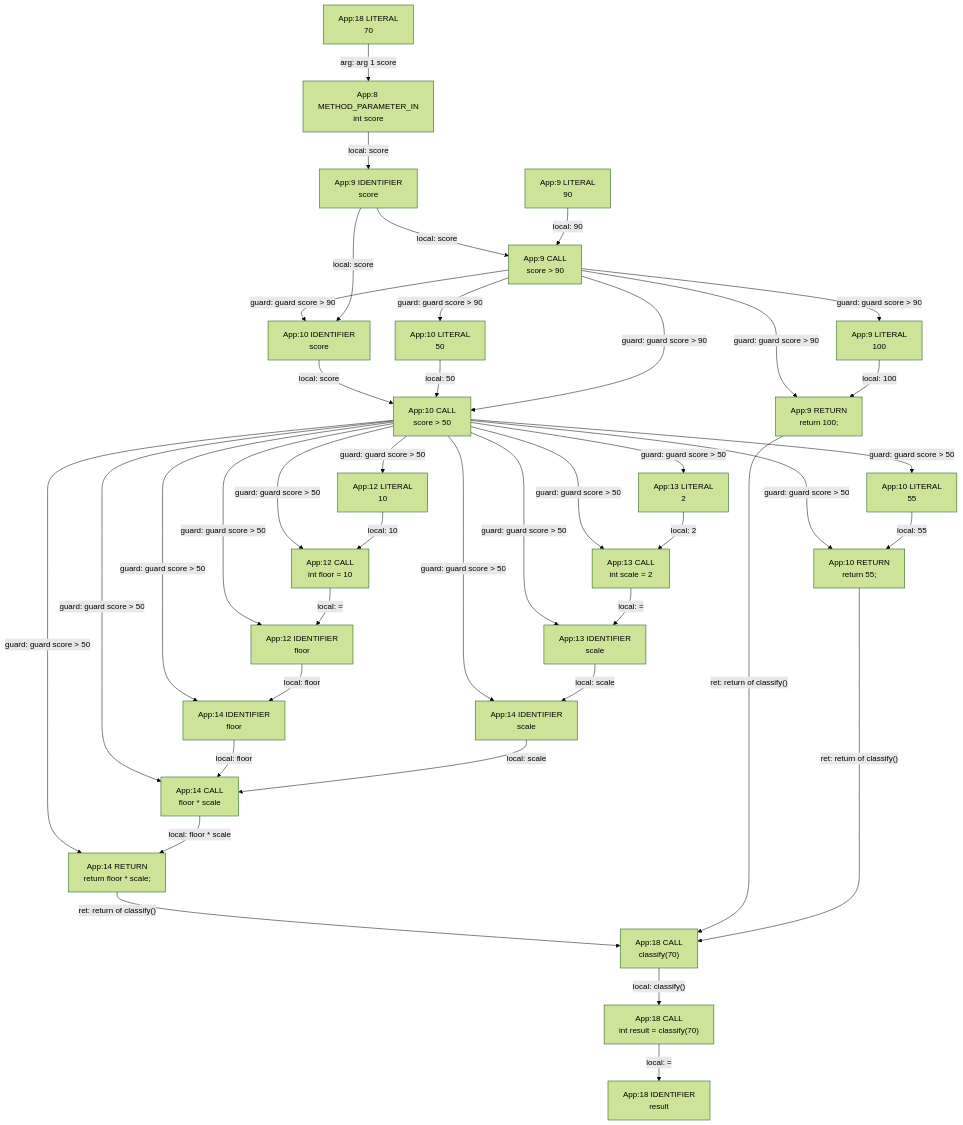
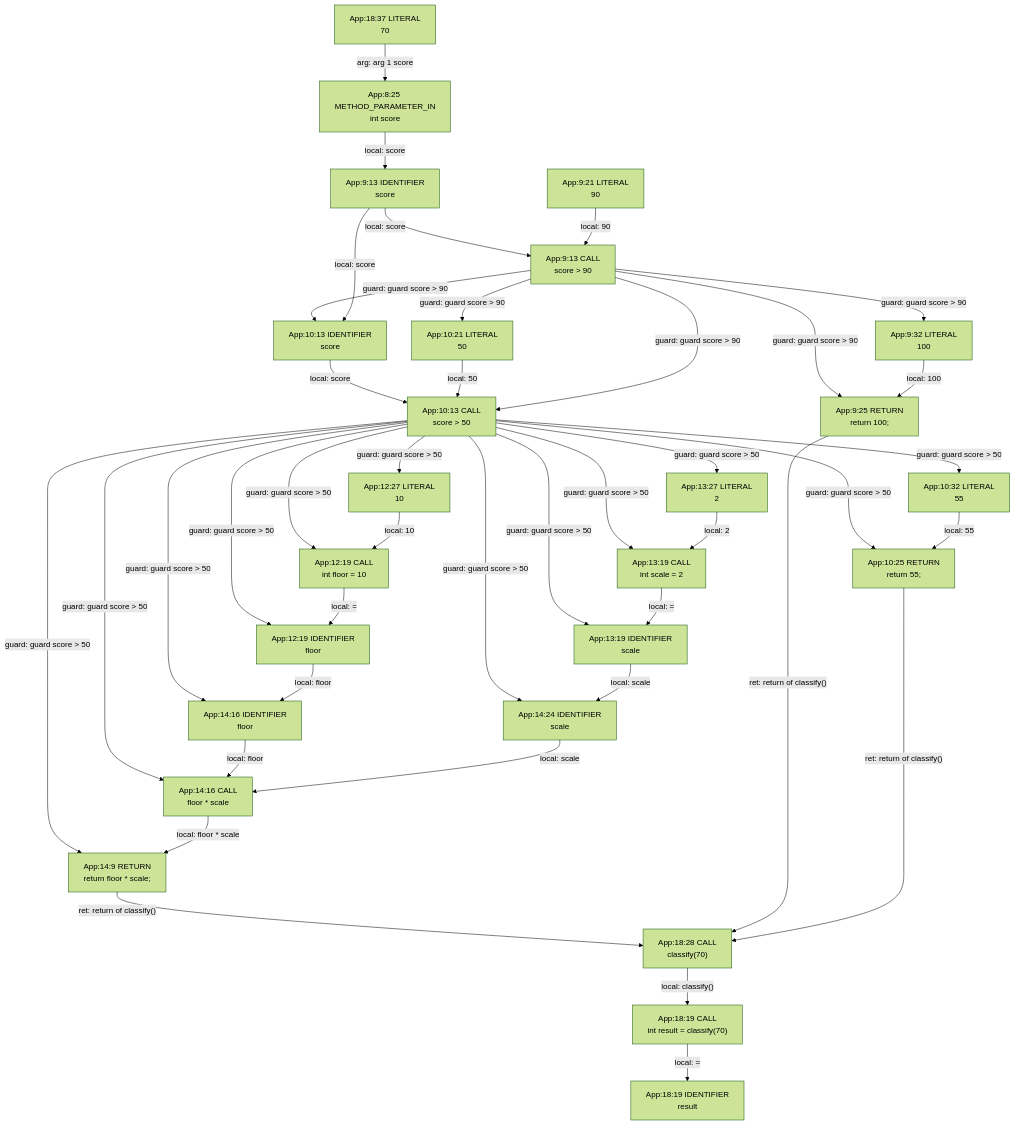
The diagram in app/src/test/resources/earlyReturn/spike-truth.md (gstiebler/codeflow), drawn with Mermaid (forest theme) before and after one commit. The commit also changed 154 other files, not shown here.

````diff
--- a/app/src/test/resources/earlyReturn/spike-truth.md
+++ b/app/src/test/resources/earlyReturn/spike-truth.md
@@ -3,68 +3,68 @@
 ```mermaid
 flowchart TD
-  n0["App:10 CALL<br/>score #gt; 50"]
-  n1["App:10 IDENTIFIER<br/>score"]
-  n2["App:10 LITERAL<br/>50"]
-  n3["App:10 LITERAL<br/>55"]
-  n4["App:10 RETURN<br/>return 55;"]
-  n5["App:12 CALL<br/>int floor = 10"]
-  n6["App:12 IDENTIFIER<br/>floor"]
-  n7["App:12 LITERAL<br/>10"]
-  n8["App:13 CALL<br/>int scale = 2"]
-  n9["App:13 IDENTIFIER<br/>scale"]
-  n10["App:13 LITERAL<br/>2"]
-  n11["App:14 CALL<br/>floor * scale"]
-  n12["App:14 IDENTIFIER<br/>floor"]
-  n13["App:14 IDENTIFIER<br/>scale"]
-  n14["App:14 RETURN<br/>return floor * scale;"]
-  n15["App:18 CALL<br/>classify(70)"]
-  n16["App:18 CALL<br/>int result = classify(70)"]
-  n17["App:18 IDENTIFIER<br/>result"]
-  n18["App:18 LITERAL<br/>70"]
-  n19["App:8 METHOD_PARAMETER_IN<br/>int score"]
-  n20["App:9 CALL<br/>score #gt; 90"]
-  n21["App:9 IDENTIFIER<br/>score"]
-  n22["App:9 LITERAL<br/>100"]
-  n23["App:9 LITERAL<br/>90"]
-  n24["App:9 RETURN<br/>return 100;"]
+  n0["App:10:13 CALL<br/>score #gt; 50"]
+  n1["App:10:13 IDENTIFIER<br/>score"]
+  n2["App:10:21 LITERAL<br/>50"]
+  n3["App:10:25 RETURN<br/>return 55;"]
+  n4["App:10:32 LITERAL<br/>55"]
+  n5["App:12:19 CALL<br/>int floor = 10"]
+  n6["App:12:19 IDENTIFIER<br/>floor"]
+  n7["App:12:27 LITERAL<br/>10"]
+  n8["App:13:19 CALL<br/>int scale = 2"]
+  n9["App:13:19 IDENTIFIER<br/>scale"]
+  n10["App:13:27 LITERAL<br/>2"]
+  n11["App:14:16 CALL<br/>floor * scale"]
+  n12["App:14:16 IDENTIFIER<br/>floor"]
+  n13["App:14:24 IDENTIFIER<br/>scale"]
+  n14["App:14:9 RETURN<br/>return floor * scale;"]
+  n15["App:18:19 CALL<br/>int result = classify(70)"]
+  n16["App:18:19 IDENTIFIER<br/>result"]
+  n17["App:18:28 CALL<br/>classify(70)"]
+  n18["App:18:37 LITERAL<br/>70"]
+  n19["App:8:25 METHOD_PARAMETER_IN<br/>int score"]
+  n20["App:9:13 CALL<br/>score #gt; 90"]
+  n21["App:9:13 IDENTIFIER<br/>score"]
+  n22["App:9:21 LITERAL<br/>90"]
+  n23["App:9:25 RETURN<br/>return 100;"]
+  n24["App:9:32 LITERAL<br/>100"]
   n0 -->|"guard: guard score #gt; 50"| n10
   n0 -->|"guard: guard score #gt; 50"| n11
   n0 -->|"guard: guard score #gt; 50"| n12
   n0 -->|"guard: guard score #gt; 50"| n13
   n0 -->|"guard: guard score #gt; 50"| n14
   n0 -->|"guard: guard score #gt; 50"| n3
   n0 -->|"guard: guard score #gt; 50"| n4
   n0 -->|"guard: guard score #gt; 50"| n5
   n0 -->|"guard: guard score #gt; 50"| n6
   n0 -->|"guard: guard score #gt; 50"| n7
   n0 -->|"guard: guard score #gt; 50"| n8
   n0 -->|"guard: guard score #gt; 50"| n9
   n1 -->|"local: score"| n0
   n10 -->|"local: 2"| n8
   n11 -->|"local: floor * scale"| n14
   n12 -->|"local: floor"| n11
   n13 -->|"local: scale"| n11
-  n14 -->|"ret: return of classify()"| n15
-  n15 -->|"local: classify()"| n16
-  n16 -->|"local: ="| n17
+  n14 -->|"ret: return of classify()"| n17
+  n15 -->|"local: ="| n16
+  n17 -->|"local: classify()"| n15
   n18 -->|"arg: arg 1 score"| n19
   n19 -->|"local: score"| n21
   n2 -->|"local: 50"| n0
   n20 -->|"guard: guard score #gt; 90"| n0
   n20 -->|"guard: guard score #gt; 90"| n1
   n20 -->|"guard: guard score #gt; 90"| n2
-  n20 -->|"guard: guard score #gt; 90"| n22
+  n20 -->|"guard: guard score #gt; 90"| n23
   n20 -->|"guard: guard score #gt; 90"| n24
   n21 -->|"local: score"| n1
   n21 -->|"local: score"| n20
-  n22 -->|"local: 100"| n24
-  n23 -->|"local: 90"| n20
-  n24 -->|"ret: return of classify()"| n15
-  n3 -->|"local: 55"| n4
-  n4 -->|"ret: return of classify()"| n15
+  n22 -->|"local: 90"| n20
+  n23 -->|"ret: return of classify()"| n17
+  n24 -->|"local: 100"| n23
+  n3 -->|"ret: return of classify()"| n17
+  n4 -->|"local: 55"| n3
   n5 -->|"local: ="| n6
   n6 -->|"local: floor"| n12
   n7 -->|"local: 10"| n5
   n8 -->|"local: ="| n9
   n9 -->|"local: scale"| n13
 ```
````
